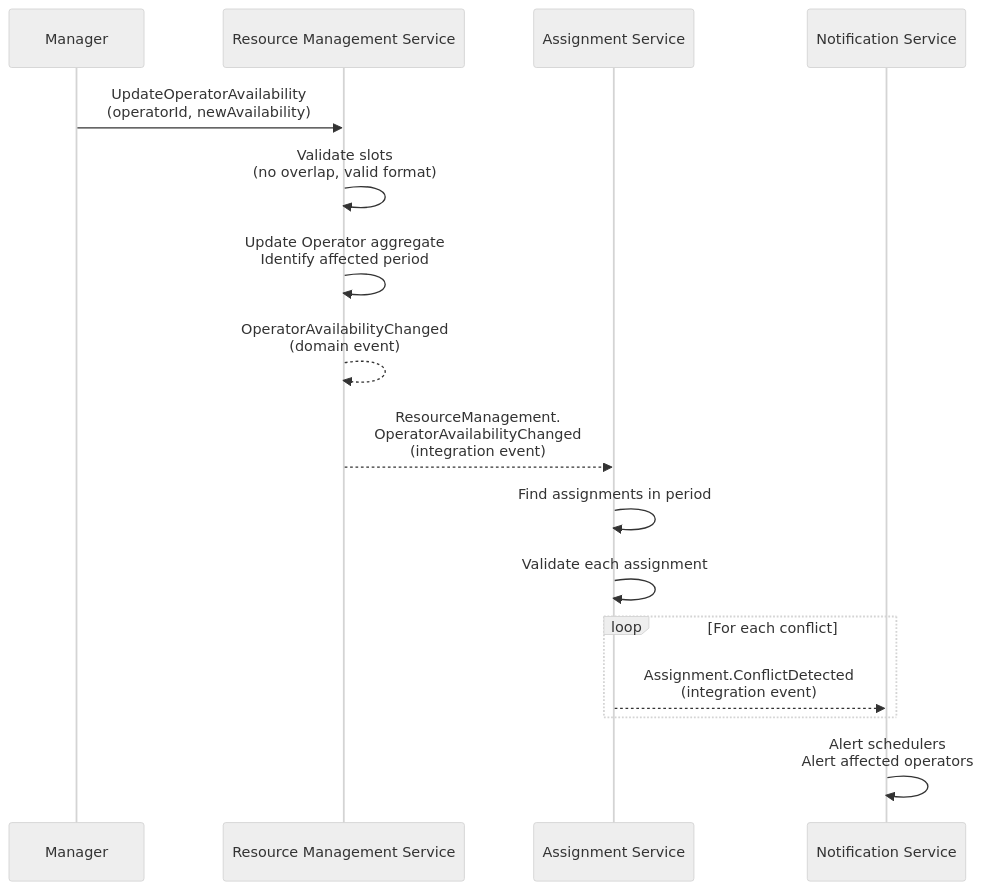
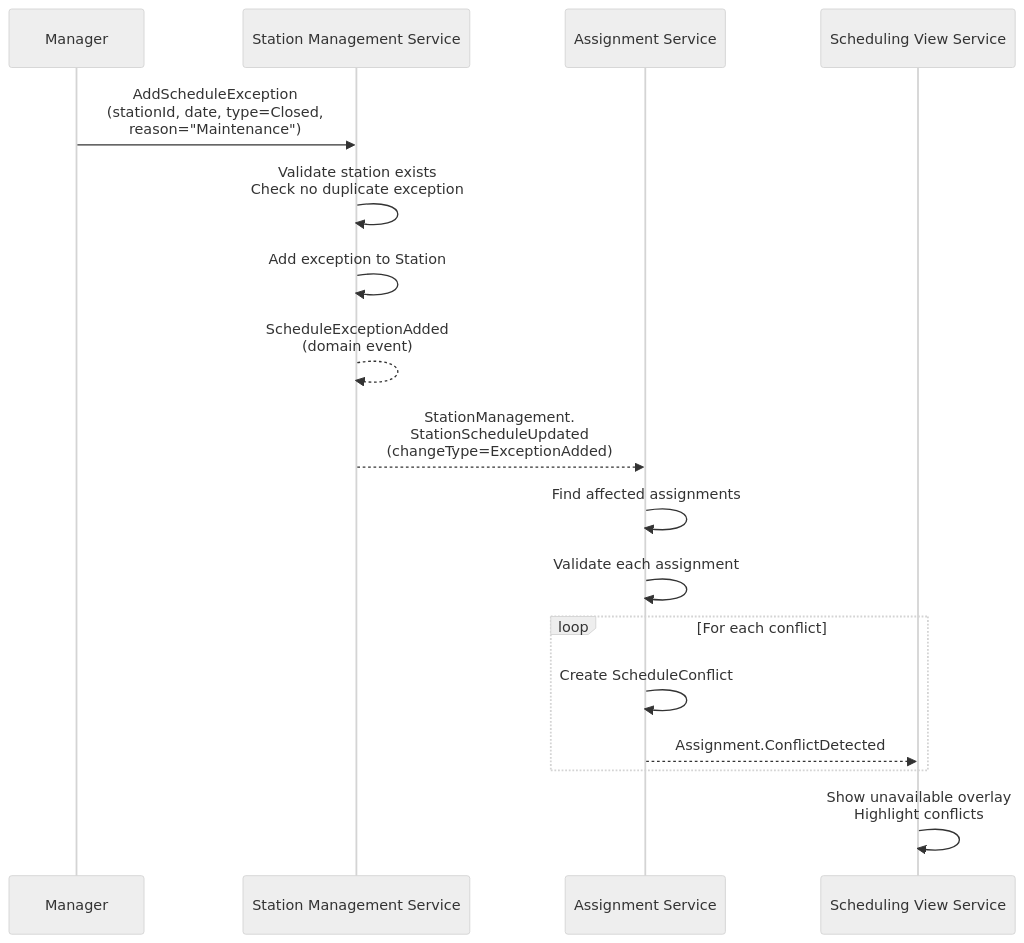
The fourth of 8 diagrams in docs/architecture/sequence-design.md (ikadar/ewlin), drawn with Mermaid (neutral theme) before and after one commit. The commit also changed other lines of this file and 3 other files, not shown here.

````diff
--- a/docs/architecture/sequence-design.md
+++ b/docs/architecture/sequence-design.md
@@ -166,19 +242,20 @@
 ```mermaid
 sequenceDiagram
     participant Manager
-    participant Resource as Resource Management Service
+    participant Station as Station Management Service
     participant Assignment as Assignment Service
-    participant Notification as Notification Service
+    participant View as Scheduling View Service
 
-    Manager->>Resource: UpdateOperatorAvailability<br>(operatorId, newAvailability)
-    Resource->>Resource: Validate slots<br>(no overlap, valid format)
-    Resource->>Resource: Update Operator aggregate<br>Identify affected period
-    Resource-->>Resource: OperatorAvailabilityChanged<br>(domain event)
-    Resource-->>Assignment: ResourceManagement.<br>OperatorAvailabilityChanged<br>(integration event)
-    Assignment->>Assignment: Find assignments in period
+    Manager->>Station: AddScheduleException<br>(stationId, date, type=Closed,<br>reason="Maintenance")
+    Station->>Station: Validate station exists<br>Check no duplicate exception
+    Station->>Station: Add exception to Station
+    Station-->>Station: ScheduleExceptionAdded<br>(domain event)
+    Station-->>Assignment: StationManagement.<br>StationScheduleUpdated<br>(changeType=ExceptionAdded)
+    Assignment->>Assignment: Find affected assignments
     Assignment->>Assignment: Validate each assignment
     loop For each conflict
-        Assignment-->>Notification: Assignment.ConflictDetected<br>(integration event)
+        Assignment->>Assignment: Create ScheduleConflict
+        Assignment-->>View: Assignment.ConflictDetected
     end
-    Notification->>Notification: Alert schedulers<br>Alert affected operators
+    View->>View: Show unavailable overlay<br>Highlight conflicts
 ```
````
